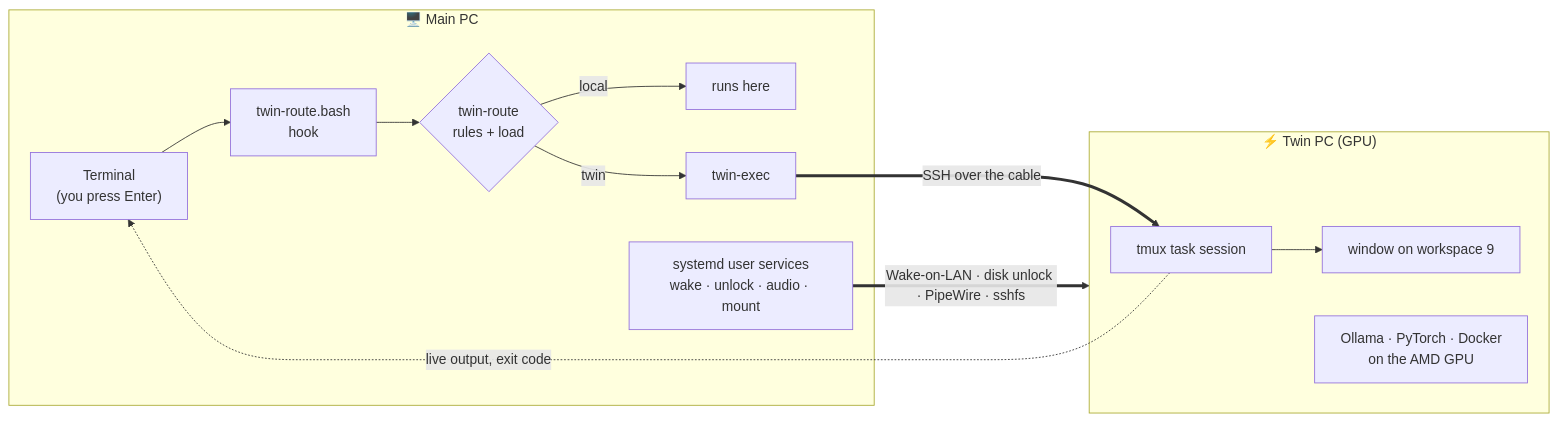
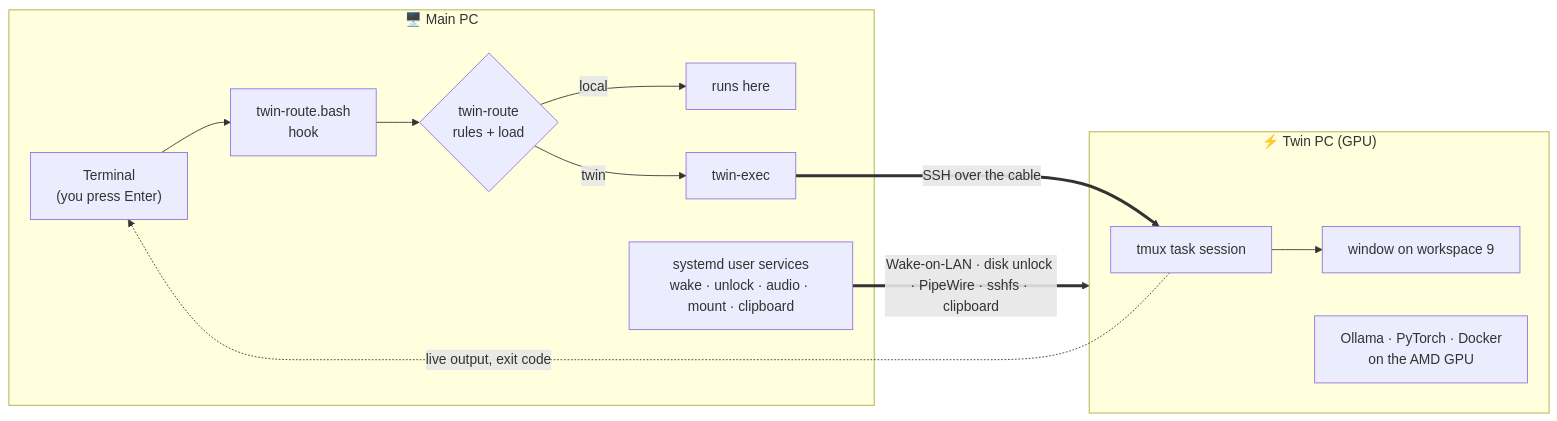
One commit to apvvyas/twinPC changed the diagram in README.md. Above: the diagram before and after it, drawn with Mermaid. The commit also changed other lines of this file, not shown here.

Commit message:
docs(readme): shared clipboard and one-command setup cards, current test counts and commands

````diff
--- a/README.md
+++ b/README.md
@@ -105,17 +120,17 @@
 ```mermaid
 flowchart LR
     subgraph MAIN["🖥️ Main PC"]
         T["Terminal<br/>(you press Enter)"] --> H["twin-route.bash<br/>hook"]
         H --> R{"twin-route<br/>rules + load"}
         R -- "local" --> L["runs here"]
         R -- "twin" --> X["twin-exec"]
-        S["systemd user services<br/>wake · unlock · audio · mount"]
+        S["systemd user services<br/>wake · unlock · audio · mount · clipboard"]
     end
     subgraph TWIN["⚡ Twin PC (GPU)"]
         TM["tmux task session"] --> W["window on workspace 9"]
         G["Ollama · PyTorch · Docker<br/>on the AMD GPU"]
     end
     X == "SSH over the cable" ==> TM
     TM -. "live output, exit code" .-> T
-    S == "Wake-on-LAN · disk unlock · PipeWire · sshfs" ==> TWIN
+    S == "Wake-on-LAN · disk unlock · PipeWire · sshfs · clipboard" ==> TWIN
 ```
````
